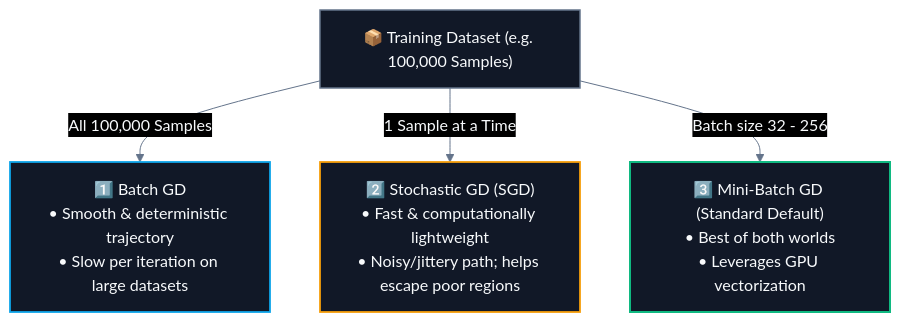
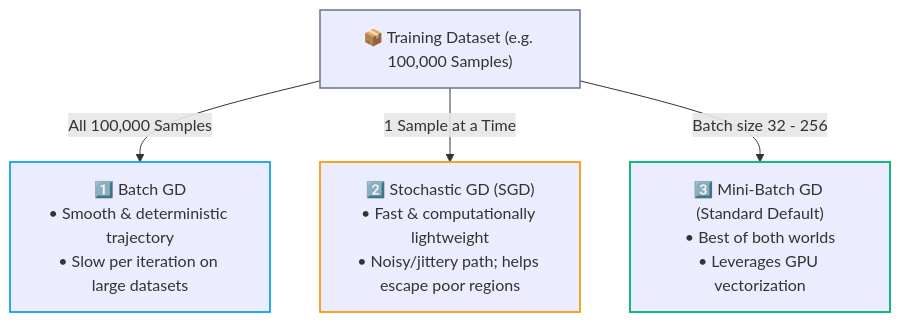
The third of 3 diagrams in CS/AI & ML/01. Classical ML/08. Gradient Descent and Cost Functions.md (abhinavbharti2345/CS_Notes), drawn with Mermaid before and after one commit. The commit also changed other lines of this file and 91 other files, not shown here.

````diff
--- a/CS/AI & ML/01. Classical ML/08. Gradient Descent and Cost Functions.md
+++ b/CS/AI & ML/01. Classical ML/08. Gradient Descent and Cost Functions.md
@@ -173,19 +171,18 @@
 ```mermaid
-%%{init: {'theme': 'base', 'themeVariables': { 'darkMode': true, 'background': '#0B0F14', 'mainBkg': '#111827', 'primaryColor': '#111827', 'primaryTextColor': '#F8FAFC', 'primaryBorderColor': '#38BDF8', 'lineColor': '#64748B', 'secondaryColor': '#0B0F14', 'tertiaryColor': '#0B0F14', 'clusterBkg': '#0B0F14', 'clusterBorder': '#38BDF8' }}}%%
 flowchart TD
     Data["📦 Training Dataset (e.g. 100,000 Samples)"]
     
     Data -->|"All 100,000 Samples"| BGD["1️⃣ Batch GD<br/>• Smooth & deterministic trajectory<br/>• Slow per iteration on large datasets"]
     Data -->|"1 Sample at a Time"| SGD["2️⃣ Stochastic GD (SGD)<br/>• Fast & computationally lightweight<br/>• Noisy/jittery path; helps escape poor regions"]
     Data -->|"Batch size 32 - 256"| MBGD["3️⃣ Mini-Batch GD (Standard Default)<br/>• Best of both worlds<br/>• Leverages GPU vectorization"]
 
-    classDef raw fill:#111827,stroke:#64748b,stroke-width:1.5px,color:#F8FAFC;
-    classDef bgd fill:#111827,stroke:#0ea5e9,stroke-width:1.8px,color:#F8FAFC;
-    classDef sgd fill:#111827,stroke:#f59e0b,stroke-width:1.8px,color:#F8FAFC;
-    classDef mbgd fill:#111827,stroke:#10b981,stroke-width:2px,color:#F8FAFC;
+    classDef raw stroke:#64748b,stroke-width:1.5px;
+    classDef bgd stroke:#0ea5e9,stroke-width:1.8px;
+    classDef sgd stroke:#f59e0b,stroke-width:1.8px;
+    classDef mbgd stroke:#10b981,stroke-width:2px;
 
     class Data raw;
     class BGD bgd;
     class SGD sgd;
     class MBGD mbgd;
 ```
````
